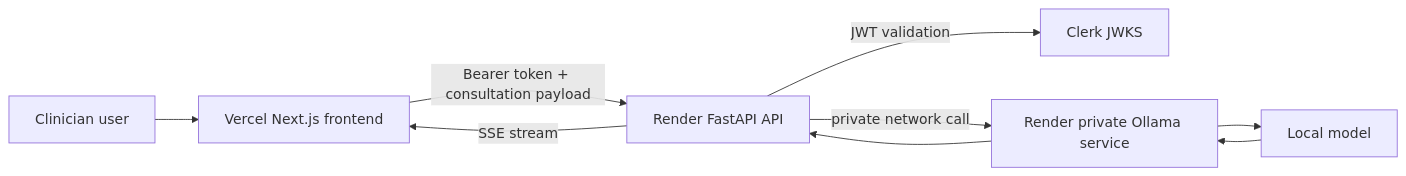
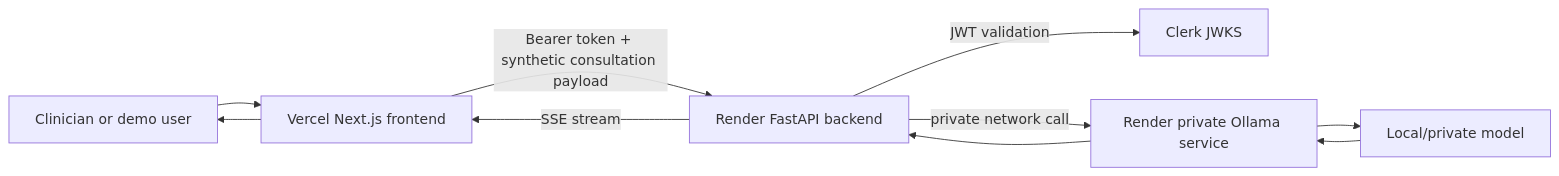
One commit to bkane56/consultationAI changed the second of 2 diagrams in README.md. Above: the diagram before and after it, drawn with Mermaid. The commit also changed other lines of this file, not shown here.

````diff
--- a/README.md
+++ b/README.md
@@ -43,11 +88,12 @@
 ```mermaid
 flowchart LR
-    U[Clinician user] --> F[Vercel Next.js frontend]
-    F -->|Bearer token + consultation payload| A[Render FastAPI API]
+    U[Clinician or demo user] --> F[Vercel Next.js frontend]
+    F -->|Bearer token + synthetic consultation payload| A[Render FastAPI backend]
     A -->|JWT validation| C[Clerk JWKS]
     A -->|private network call| O[Render private Ollama service]
-    O --> M[Local model]
+    O --> M[Local/private model]
     M --> O
     O --> A
     A -->|SSE stream| F
+    F --> U
 ```
````
